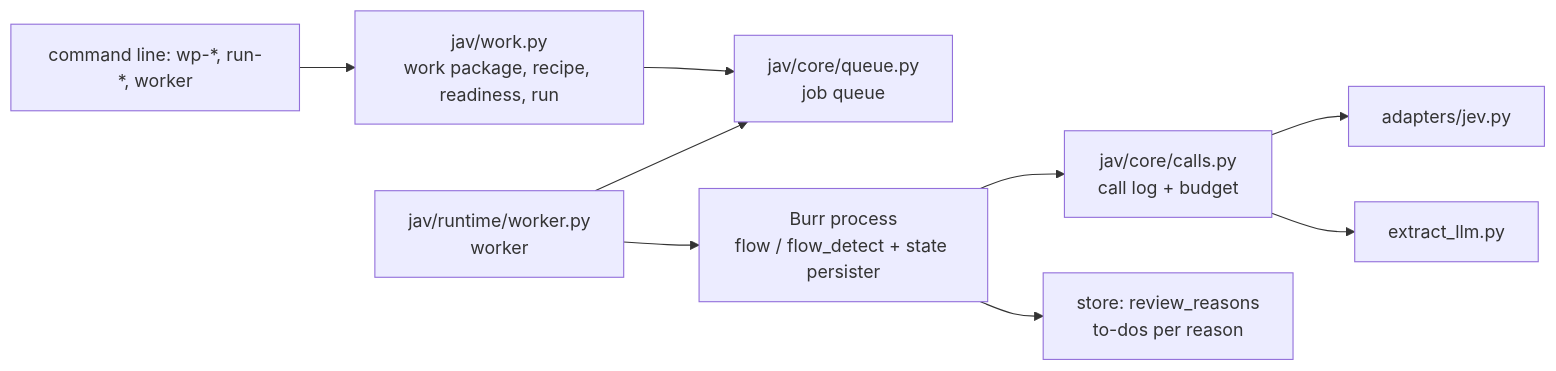
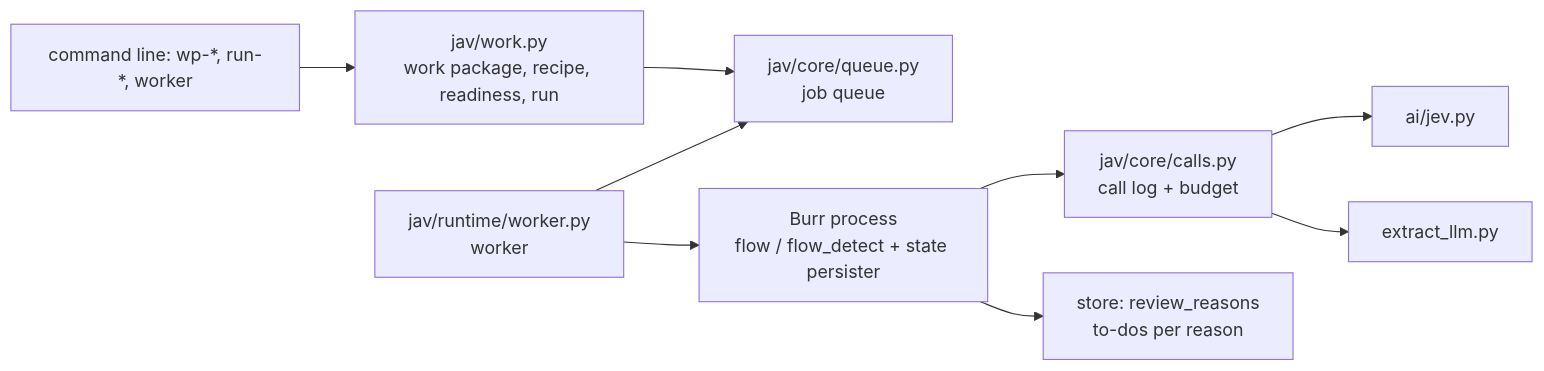
Before and after one commit to kassaiattila/58_JEV_AI: the first of 4 diagrams in docs/ARCHITECTURE.md, drawn with Mermaid. The commit also changed other lines of this file and 273 other files, not shown here.

````diff
--- a/docs/ARCHITECTURE.md
+++ b/docs/ARCHITECTURE.md
@@ -266,11 +266,11 @@
 ```mermaid
 flowchart LR
   CLI[command line: wp-*, run-*, worker] --> WORK[jav/work.py<br/>work package, recipe, readiness, run]
   WORK --> Q[jav/core/queue.py<br/>job queue]
   W[jav/runtime/worker.py<br/>worker] --> Q
   W --> FLOW[Burr process<br/>flow / flow_detect + state persister]
   FLOW --> CALLS[jav/core/calls.py<br/>call log + budget]
-  CALLS --> JEV[adapters/jev.py]
+  CALLS --> JEV[ai/jev.py]
   CALLS --> GPT[extract_llm.py]
   FLOW --> REV[store: review_reasons<br/>to-dos per reason]
 ```
````
